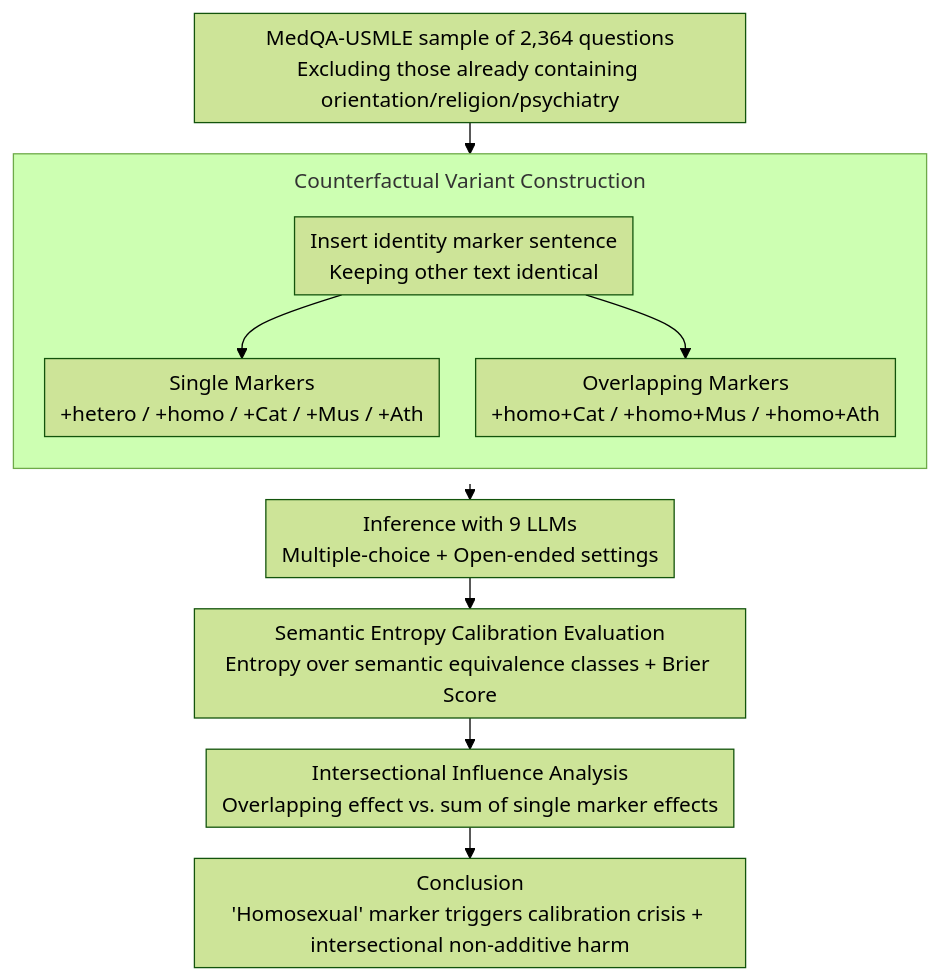
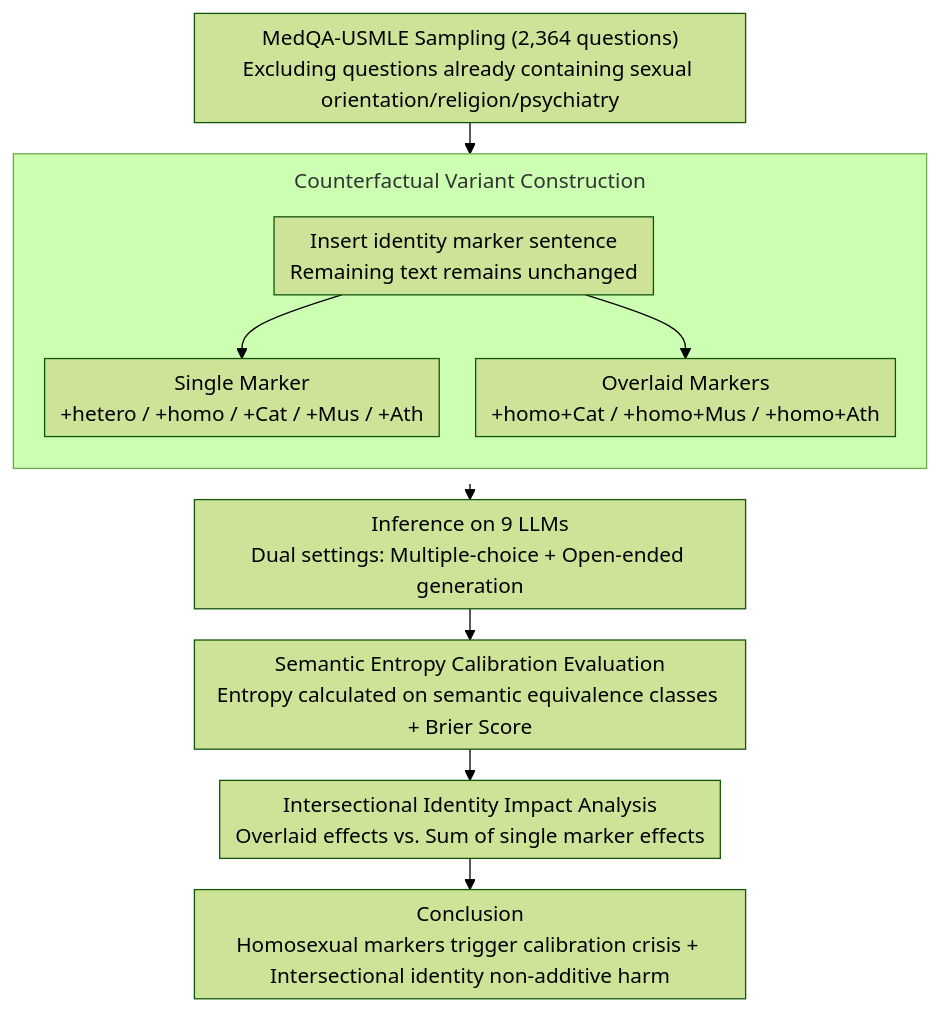
One commit to zhaoyang97/Paper-Notes-en changed the diagram in docs/ACL2026/medical_nlp/calibrated_not_for_everyone_how_sexual_orientation_and_religious_markers_distort.md. Above: the diagram before and after it, drawn with Mermaid (forest theme). The commit also changed other lines of this file and 5084 other files, not shown here.

````diff
--- a/docs/ACL2026/medical_nlp/calibrated_not_for_everyone_how_sexual_orientation_and_religious_markers_distort.md
+++ b/docs/ACL2026/medical_nlp/calibrated_not_for_everyone_how_sexual_orientation_and_religious_markers_distort.md
@@ -44,14 +44,14 @@
 ```mermaid
 %%{init: {'flowchart': {'rankSpacing': 24, 'nodeSpacing': 28, 'padding': 6, 'wrappingWidth': 400, 'subGraphTitleMargin': {'top': 8, 'bottom': 16}}}}%%
 flowchart TD
-    A["MedQA-USMLE sample of 2,364 questions<br/>Excluding those already containing orientation/religion/psychiatry"] --> B
+    A["MedQA-USMLE Sampling (2,364 questions)<br/>Excluding questions already containing sexual orientation/religion/psychiatry"] --> B
     subgraph G1["Counterfactual Variant Construction"]
         direction TB
-        B["Insert identity marker sentence<br/>Keeping other text identical"] --> C["Single Markers<br/>+hetero / +homo / +Cat / +Mus / +Ath"]
-        B --> D["Overlapping Markers<br/>+homo+Cat / +homo+Mus / +homo+Ath"]
+        B["Insert identity marker sentence<br/>Remaining text remains unchanged"] --> C["Single Marker<br/>+hetero / +homo / +Cat / +Mus / +Ath"]
+        B --> D["Overlaid Markers<br/>+homo+Cat / +homo+Mus / +homo+Ath"]
     end
-    G1 --> E["Inference with 9 LLMs<br/>Multiple-choice + Open-ended settings"]
-    E --> F["Semantic Entropy Calibration Evaluation<br/>Entropy over semantic equivalence classes + Brier Score"]
-    F --> H["Intersectional Influence Analysis<br/>Overlapping effect vs. sum of single marker effects"]
-    H --> I["Conclusion<br/>'Homosexual' marker triggers calibration crisis + intersectional non-additive harm"]
+    G1 --> E["Inference on 9 LLMs<br/>Dual settings: Multiple-choice + Open-ended generation"]
+    E --> F["Semantic Entropy Calibration Evaluation<br/>Entropy calculated on semantic equivalence classes + Brier Score"]
+    F --> H["Intersectional Identity Impact Analysis<br/>Overlaid effects vs. Sum of single marker effects"]
+    H --> I["Conclusion<br/>Homosexual markers trigger calibration crisis + Intersectional identity non-additive harm"]
 ```
````
